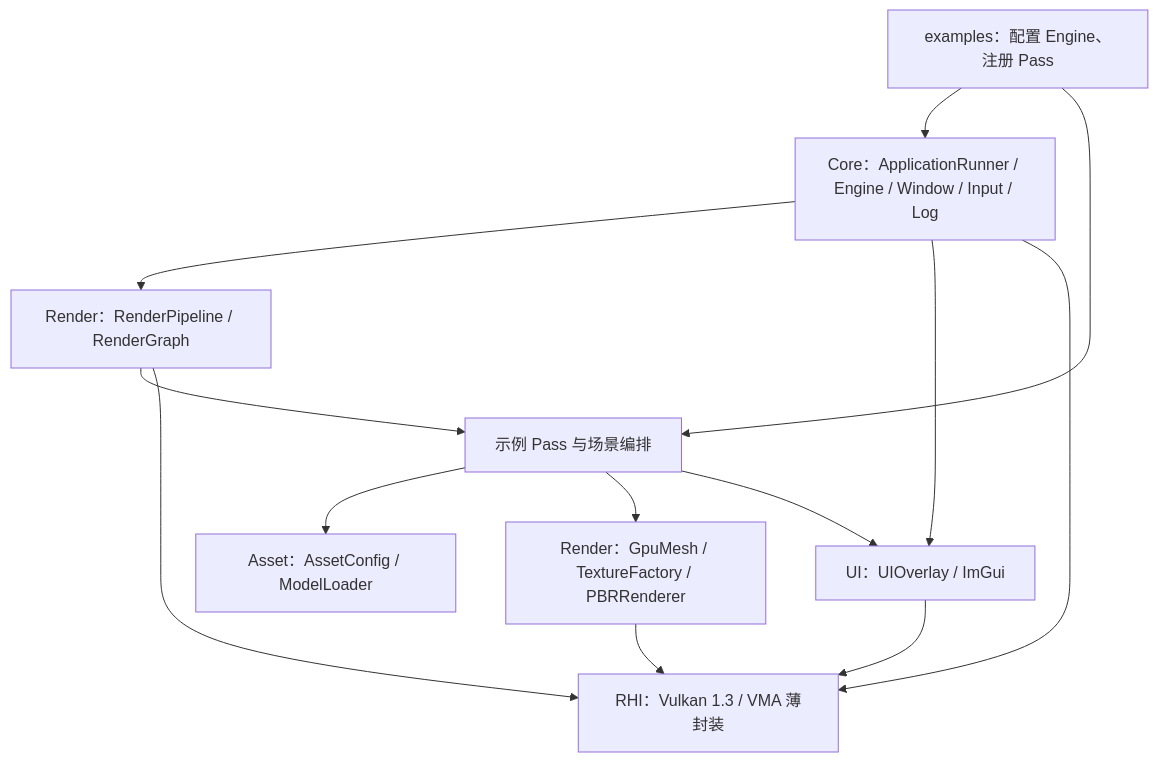
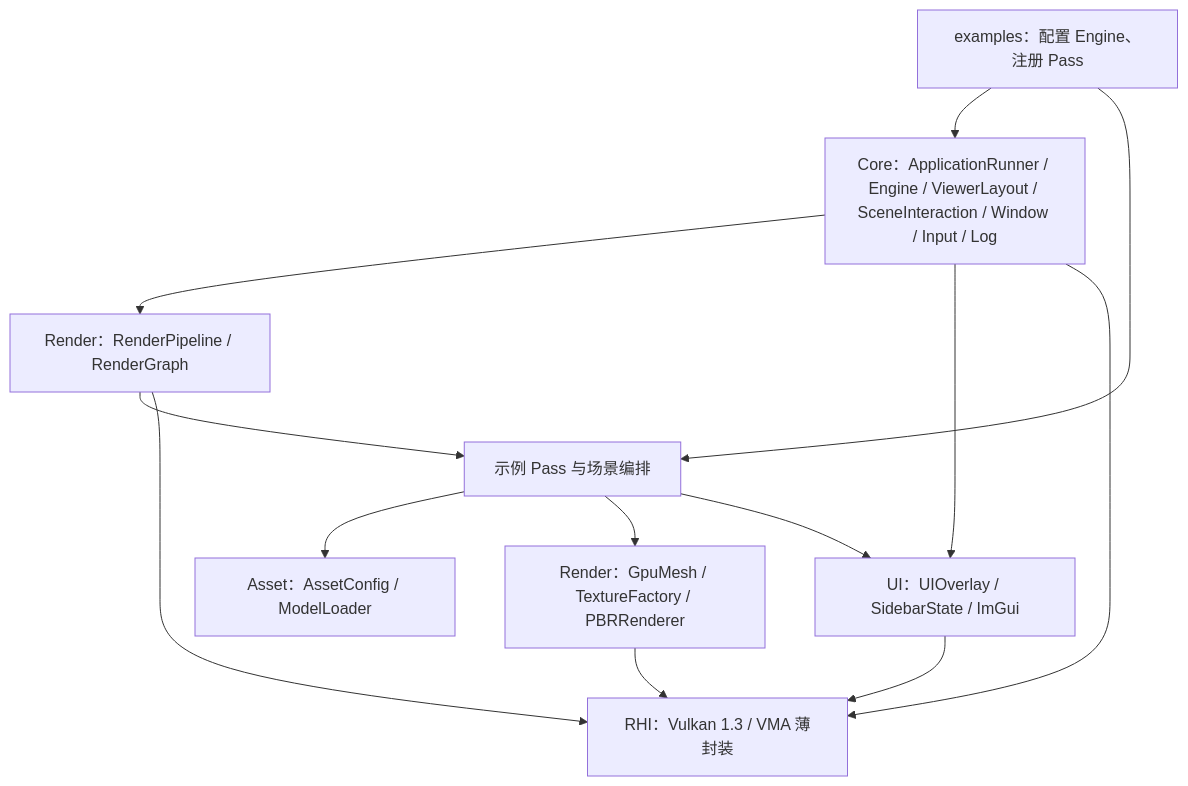
Before and after one commit to Cyberyb/KuEngine: the diagram in docs/design/00-overview.md, drawn with Mermaid. The commit also changed other lines of this file and 67 other files, not shown here.

````diff
--- a/docs/design/00-overview.md
+++ b/docs/design/00-overview.md
@@ -7,23 +7,23 @@
 ```mermaid
 flowchart TB
     App["examples：配置 Engine、注册 Pass"]
-    Core["Core：ApplicationRunner / Engine / Window / Input / Log"]
+    Core["Core：ApplicationRunner / Engine / ViewerLayout / SceneInteraction / Window / Input / Log"]
     Schedule["Render：RenderPipeline / RenderGraph"]
     Pass["示例 Pass 与场景编排"]
     Asset["Asset：AssetConfig / ModelLoader"]
     Render["Render：GpuMesh / TextureFactory / PBRRenderer"]
-    UI["UI：UIOverlay / ImGui"]
+    UI["UI：UIOverlay / SidebarState / ImGui"]
     RHI["RHI：Vulkan 1.3 / VMA 薄封装"]
     App --> Core
     App --> Pass
     Core --> Schedule
     Core --> UI
     Core --> RHI
     Schedule --> Pass
     Schedule --> RHI
     Pass --> Asset
     Pass --> Render
     Pass --> UI
     Render --> RHI
     UI --> RHI
 ```
````
